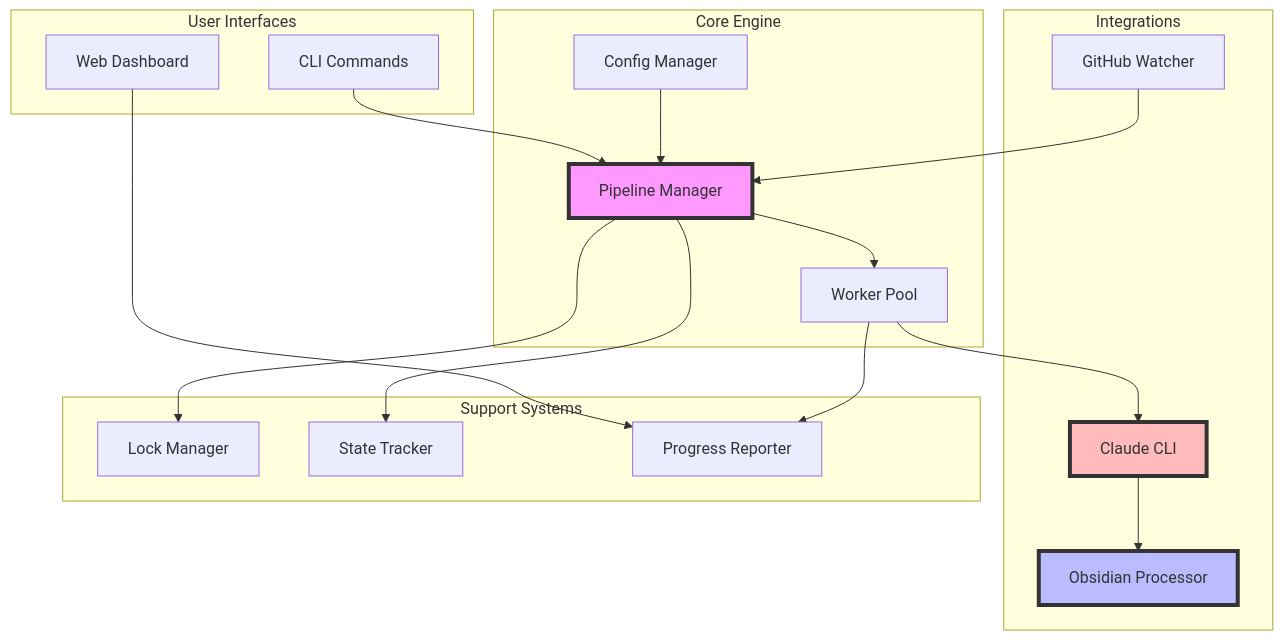
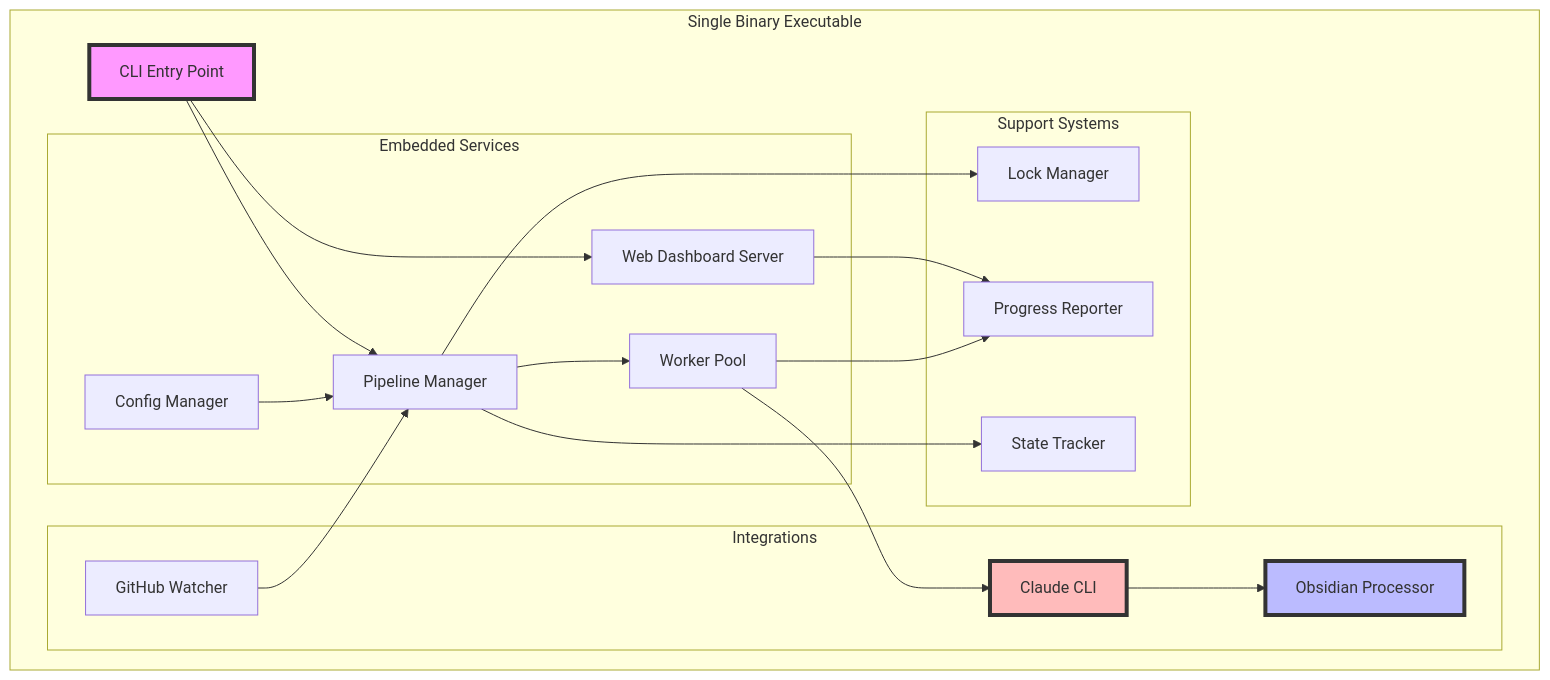
One commit to ivg-design/docuMentor changed the diagram in PRAGMATIC_ARCHITECTURE.md. Above: the diagram before and after it, drawn with Mermaid. The commit also changed other lines of this file, not shown here.

First line of the commit message:
feat: Update pragmatic architecture for CLI-first single binary approach

````diff
--- a/PRAGMATIC_ARCHITECTURE.md
+++ b/PRAGMATIC_ARCHITECTURE.md
@@ -73,43 +73,44 @@
 ```mermaid
 graph TB
-    subgraph "User Interfaces"
-        CLI[CLI Commands]
-        WEB[Web Dashboard]
-    end
+    subgraph "Single Binary Executable"
+        CLI[CLI Entry Point]
+        
+        subgraph "Embedded Services"
+            WEB[Web Dashboard Server]
+            PIPELINE[Pipeline Manager]
+            WORKERS[Worker Pool]
+            CONFIG[Config Manager]
+        end
 
-    subgraph "Core Engine"
-        PIPELINE[Pipeline Manager]
-        WORKERS[Worker Pool]
-        CONFIG[Config Manager]
-    end
+        subgraph "Integrations"
+            CLAUDE[Claude CLI]
+            OBSIDIAN[Obsidian Processor]
+            GITHUB[GitHub Watcher]
+        end
 
-    subgraph "Integrations"
-        CLAUDE[Claude CLI]
-        OBSIDIAN[Obsidian Processor]
-        GITHUB[GitHub Watcher]
-    end
-
-    subgraph "Support Systems"
-        LOCK[Lock Manager]
-        STATE[State Tracker]
-        PROGRESS[Progress Reporter]
+        subgraph "Support Systems"
+            LOCK[Lock Manager]
+            STATE[State Tracker]
+            PROGRESS[Progress Reporter]
+        end
     end
 
     CLI --> PIPELINE
+    CLI --> WEB
     WEB --> PROGRESS
     
     PIPELINE --> WORKERS
     WORKERS --> CLAUDE
     CLAUDE --> OBSIDIAN
     
     PIPELINE --> LOCK
     PIPELINE --> STATE
     WORKERS --> PROGRESS
     
     GITHUB --> PIPELINE
     CONFIG --> PIPELINE
 
-    style PIPELINE fill:#f9f,stroke:#333,stroke-width:4px
+    style CLI fill:#f9f,stroke:#333,stroke-width:4px
     style CLAUDE fill:#fbb,stroke:#333,stroke-width:4px
     style OBSIDIAN fill:#bbf,stroke:#333,stroke-width:4px
 ```
````
